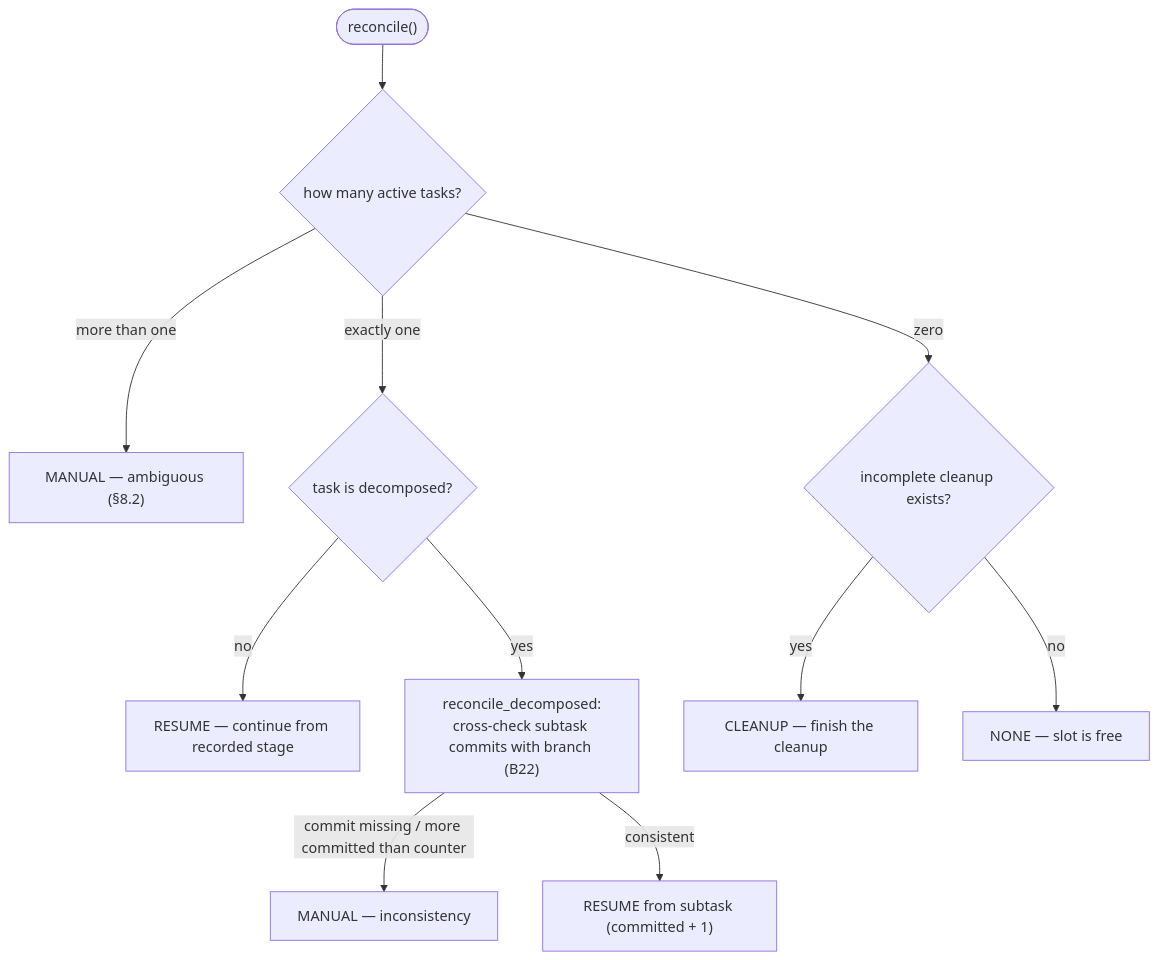
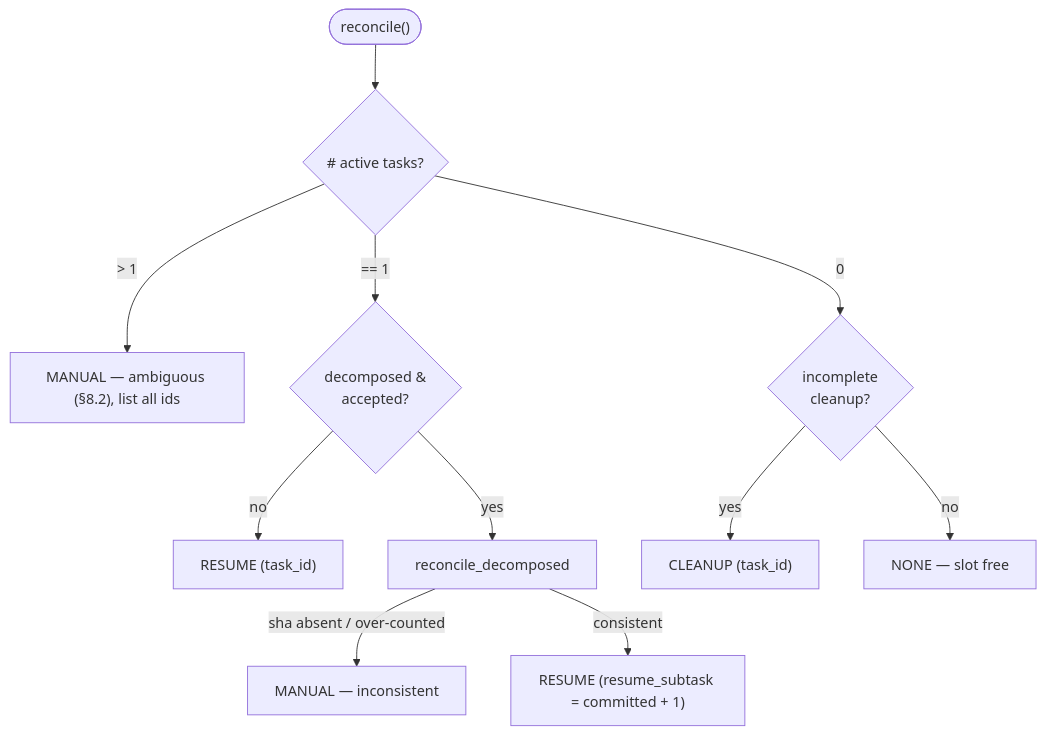
The diagram in docs/functional/blocks/B10-recovery-and-resume.md (VladimirMakarevich/wastech-orchestrator), drawn with Mermaid before and after one commit. The commit also changed other lines of this file and 39 other files, not shown here.

First line of the commit message:
docs: Add detailed documentation for new flows and components

````diff
--- a/docs/functional/blocks/B10-recovery-and-resume.md
+++ b/docs/functional/blocks/B10-recovery-and-resume.md
@@ -43,13 +27,13 @@
 ```mermaid
 flowchart TB
-    start(["reconcile()"]) --> n{"how many active tasks?"}
-    n -->|more than one| manualN["MANUAL — ambiguous (§8.2)"]
-    n -->|exactly one| dec{"task is decomposed?"}
-    n -->|zero| cl{"incomplete cleanup exists?"}
-    dec -->|no| resume["RESUME — continue from recorded stage"]
-    dec -->|yes| recon["reconcile_decomposed:<br/>cross-check subtask commits with branch (B22)"]
-    recon -->|"commit missing / more committed than counter"| manualD["MANUAL — inconsistency"]
-    recon -->|consistent| resumeK["RESUME from subtask (committed + 1)"]
-    cl -->|yes| cleanup["CLEANUP — finish the cleanup"]
-    cl -->|no| none["NONE — slot is free"]
+    start(["reconcile()"]) --> n{"# active tasks?"}
+    n -->|> 1| manualN["MANUAL — ambiguous (§8.2), list all ids"]
+    n -->|== 1| dec{"decomposed &<br/>accepted?"}
+    n -->|0| cl{"incomplete<br/>cleanup?"}
+    dec -->|no| resume["RESUME (task_id)"]
+    dec -->|yes| recon["reconcile_decomposed"]
+    recon -->|sha absent / over-counted| manualD["MANUAL — inconsistent"]
+    recon -->|consistent| resumeK["RESUME (resume_subtask = committed + 1)"]
+    cl -->|yes| cleanup["CLEANUP (task_id)"]
+    cl -->|no| none["NONE — slot free"]
 ```
````
